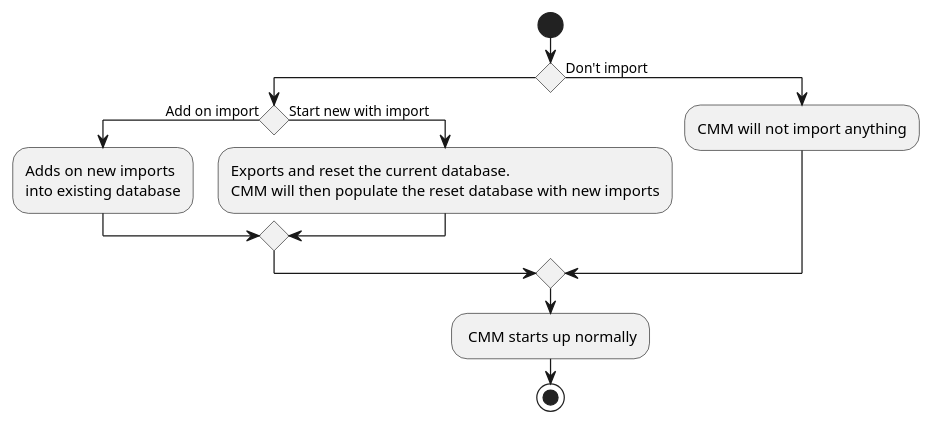
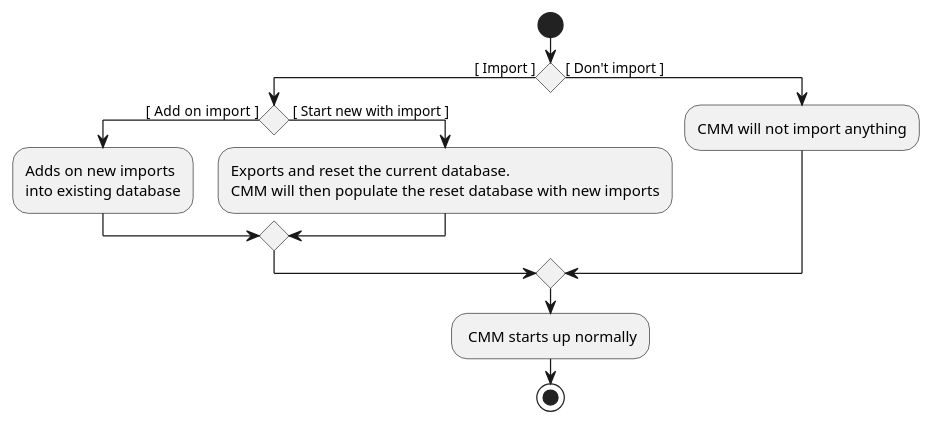
One commit to pranav-ganesh/tp changed the diagram in docs/diagrams/ImportDecision.puml. Above: the diagram before and after it, drawn with PlantUML. The commit also changed 10 other files, not shown here.

```diff
--- a/docs/diagrams/ImportDecision.puml
+++ b/docs/diagrams/ImportDecision.puml
@@ -1,17 +1,17 @@
 @startuml
 'https://plantuml.com/activity-diagram-beta
 
 start
-if () then
-  if () then (Add on import)
+if () then ([ Import ])
+  if () then ([ Add on import  ])
     :Adds on new imports \ninto existing database;
-  else (Start new with import)
+  else ( [ Start new with import ] )
       :Exports and reset the current database.\nCMM will then populate the reset database with new imports;
   endif
-else (Don't import)
+else ([ Don't import ])
     :CMM will not import anything;
 endif
 - CMM starts up normally
 stop
 
 @enduml
```
